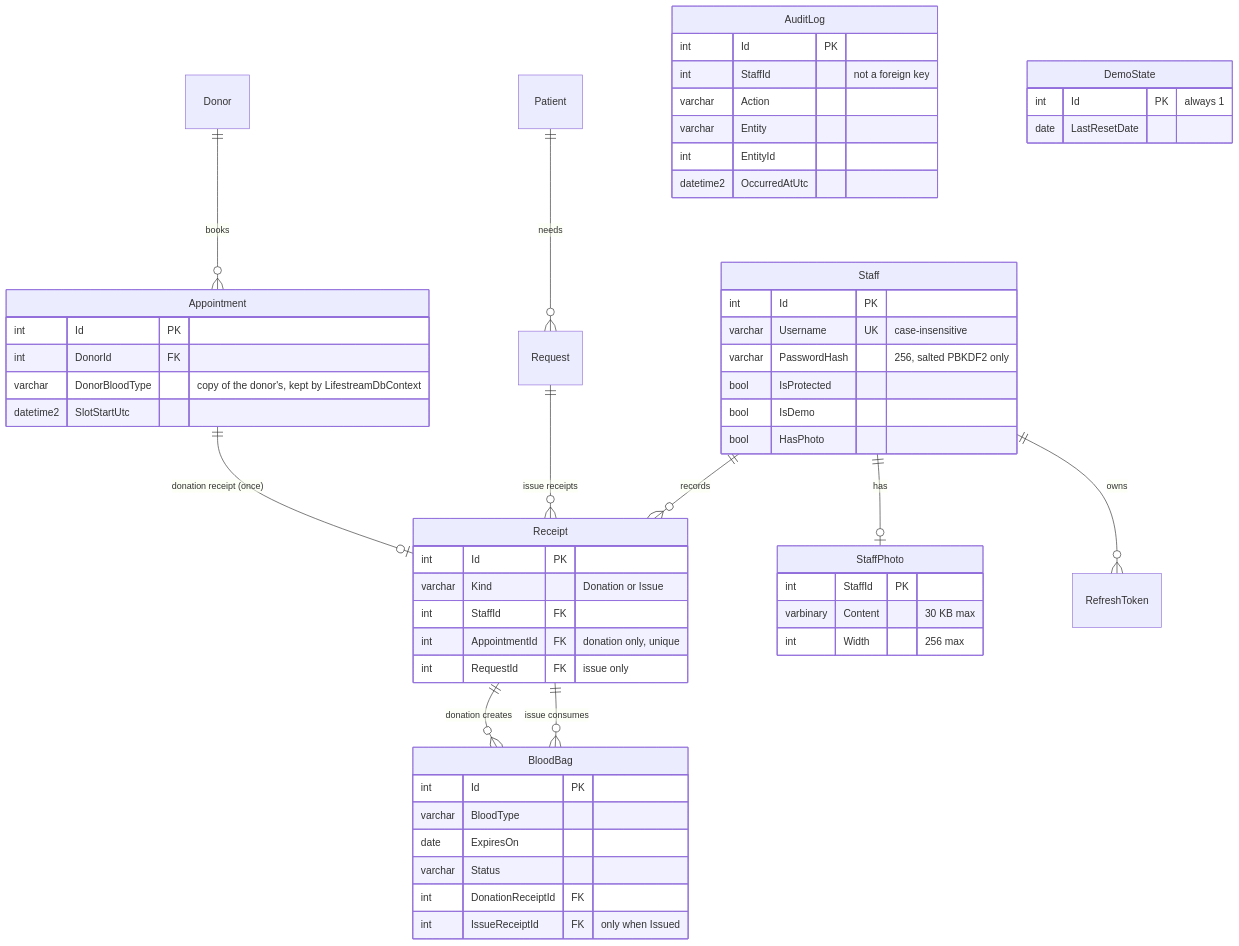
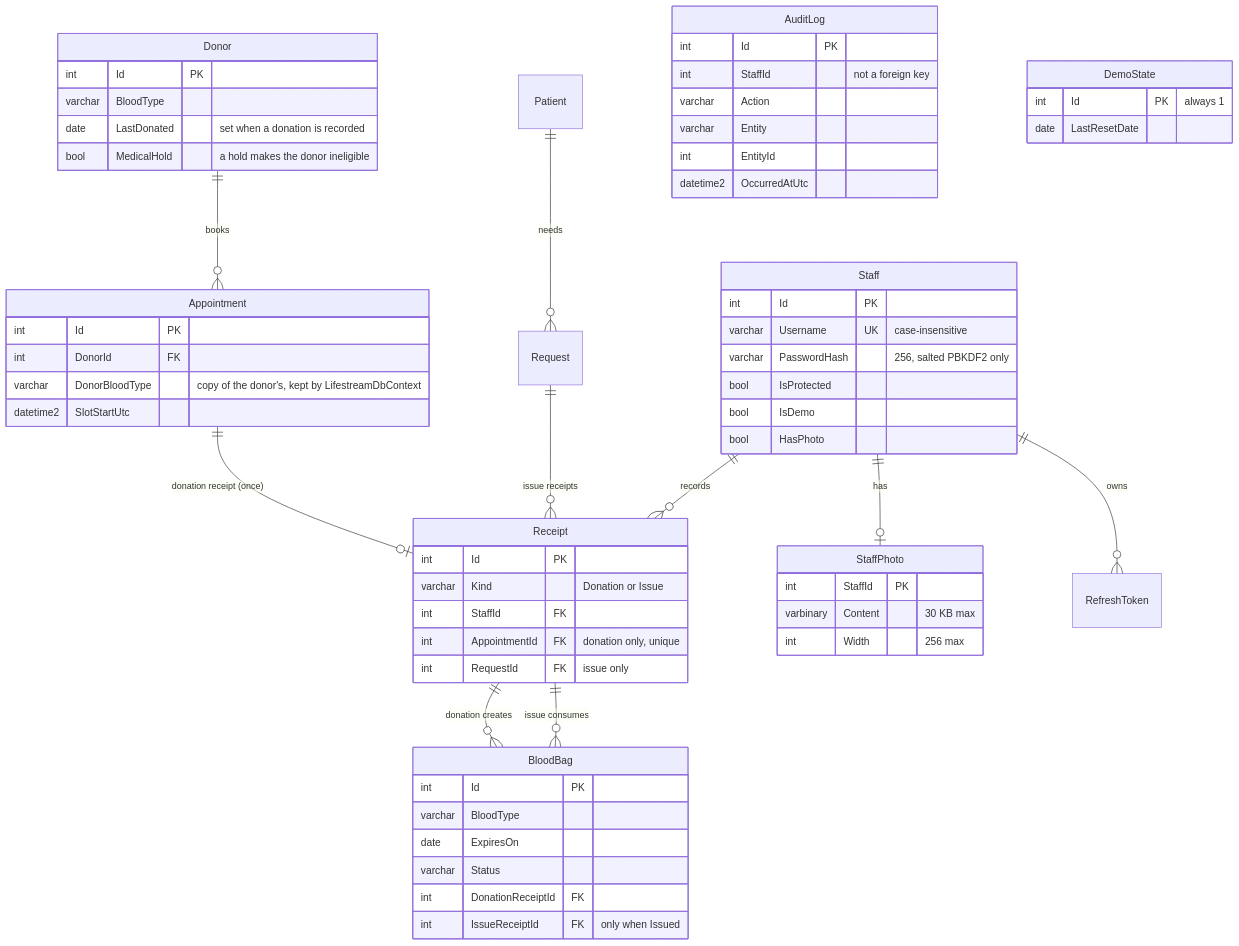
Before and after one commit to maiznadeem/Lifestream: the diagram in docs/database.md, drawn with Mermaid. The commit also changed other lines of this file and 1 other file, not shown here.

Commit message:
docs: database notes (index strategy, medical hold, audit of rewritten appointments, ranges) and perf results at 100x and 1x

````diff
--- a/docs/database.md
+++ b/docs/database.md
@@ -9,58 +9,64 @@
 ```mermaid
 erDiagram
     Donor ||--o{ Appointment : books
     Patient ||--o{ Request : needs
     Appointment ||--o| Receipt : "donation receipt (once)"
     Request ||--o{ Receipt : "issue receipts"
     Staff ||--o{ Receipt : records
     Receipt ||--o{ BloodBag : "donation creates"
     Receipt ||--o{ BloodBag : "issue consumes"
     Staff ||--o| StaffPhoto : has
     Staff ||--o{ RefreshToken : owns
+    Donor {
+        int Id PK
+        varchar BloodType
+        date LastDonated "set when a donation is recorded"
+        bool MedicalHold "a hold makes the donor ineligible"
+    }
     Staff {
         int Id PK
         varchar Username UK "case-insensitive"
         varchar PasswordHash "256, salted PBKDF2 only"
         bool IsProtected
         bool IsDemo
         bool HasPhoto
     }
     StaffPhoto {
         int StaffId PK
         varbinary Content "30 KB max"
         int Width "256 max"
     }
     Appointment {
         int Id PK
         int DonorId FK
         varchar DonorBloodType "copy of the donor's, kept by LifestreamDbContext"
         datetime2 SlotStartUtc
     }
     Receipt {
         int Id PK
         varchar Kind "Donation or Issue"
         int StaffId FK
         int AppointmentId FK "donation only, unique"
         int RequestId FK "issue only"
     }
     BloodBag {
         int Id PK
         varchar BloodType
         date ExpiresOn
         varchar Status
         int DonationReceiptId FK
         int IssueReceiptId FK "only when Issued"
     }
     AuditLog {
         int Id PK
         int StaffId "not a foreign key"
         varchar Action
         varchar Entity
         int EntityId
         datetime2 OccurredAtUtc
     }
     DemoState {
         int Id PK "always 1"
         date LastResetDate
     }
 ```
````
